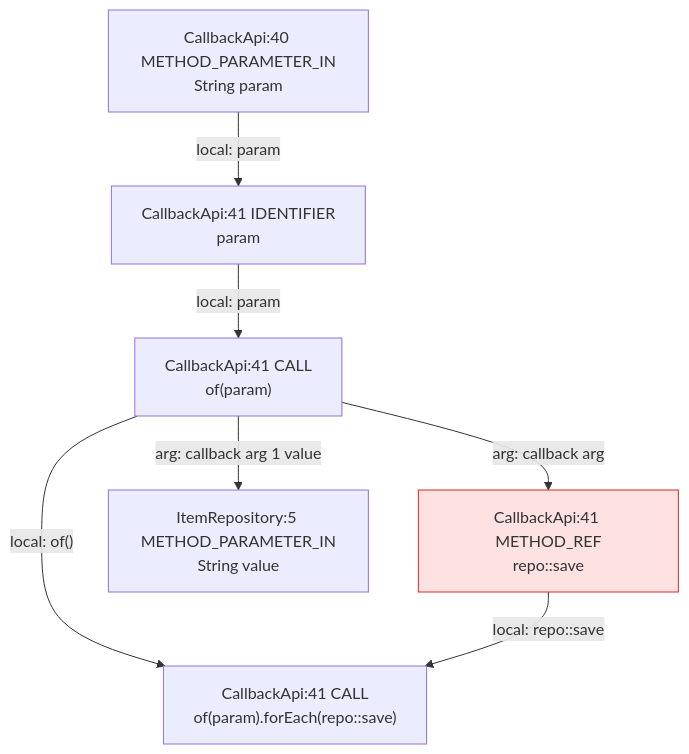
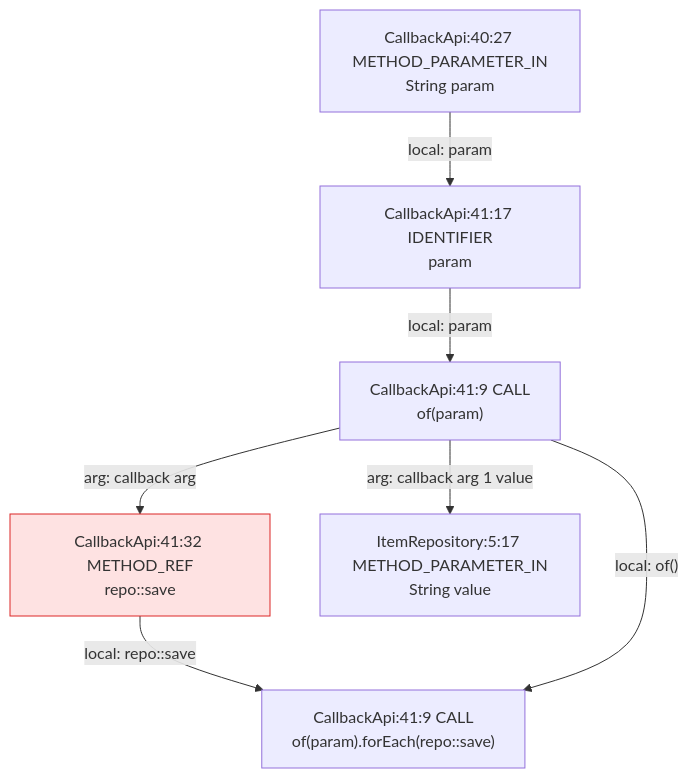
One commit to gstiebler/codeflow changed the fourth of 6 diagrams in spike/fixtures/callbacks/truth.md. Above: the diagram before and after it, drawn with Mermaid. The commit also changed other lines of this file and 154 other files, not shown here.

````diff
--- a/spike/fixtures/callbacks/truth.md
+++ b/spike/fixtures/callbacks/truth.md
@@ -98,16 +98,16 @@
 ```mermaid
 flowchart TD
-  d0["CallbackApi:40 METHOD_PARAMETER_IN<br/>String param"]
-  d1["CallbackApi:41 CALL<br/>of(param)"]
-  d2["CallbackApi:41 CALL<br/>of(param).forEach(repo::save)"]
-  d3["CallbackApi:41 IDENTIFIER<br/>param"]
-  d4["CallbackApi:41 METHOD_REF<br/>repo::save"]
-  style d4 fill:#fee2e2,stroke:#dc2626
-  d5["ItemRepository:5 METHOD_PARAMETER_IN<br/>String value"]
-  d0 -->|"local: param"| d3
-  d1 -->|"arg: callback arg 1 value"| d5
-  d1 -->|"arg: callback arg"| d4
-  d1 -->|"local: of()"| d2
-  d3 -->|"local: param"| d1
-  d4 -->|"local: repo::save"| d2
+  d0["CallbackApi:40:27 METHOD_PARAMETER_IN<br/>String param"]
+  d1["CallbackApi:41:17 IDENTIFIER<br/>param"]
+  d2["CallbackApi:41:32 METHOD_REF<br/>repo::save"]
+  style d2 fill:#fee2e2,stroke:#dc2626
+  d3["CallbackApi:41:9 CALL<br/>of(param)"]
+  d4["CallbackApi:41:9 CALL<br/>of(param).forEach(repo::save)"]
+  d5["ItemRepository:5:17 METHOD_PARAMETER_IN<br/>String value"]
+  d0 -->|"local: param"| d1
+  d1 -->|"local: param"| d3
+  d2 -->|"local: repo::save"| d4
+  d3 -->|"arg: callback arg 1 value"| d5
+  d3 -->|"arg: callback arg"| d2
+  d3 -->|"local: of()"| d4
 ```
````
